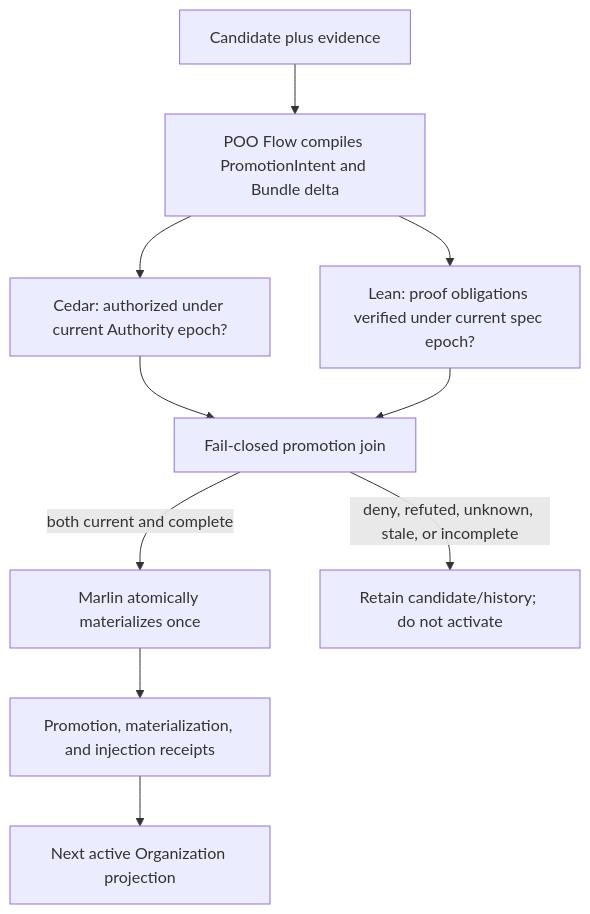
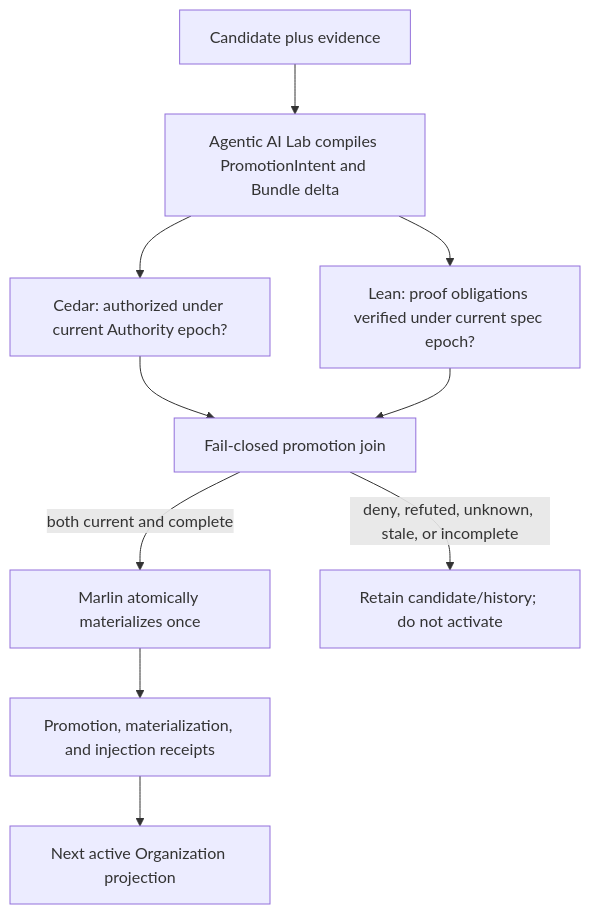
Before and after one commit to tao3k/gebril-yuanxu: the diagram in module-system/design/45-durable-policy-research-agenda.org, drawn with Mermaid. The commit also changed other lines of this file and 507 other files, not shown here.

```diff
--- a/module-system/design/45-durable-policy-research-agenda.org
+++ b/module-system/design/45-durable-policy-research-agenda.org
@@ -549,12 +549,12 @@
 #+begin_src mermaid
 flowchart TD
-  Candidate["Candidate plus evidence"] --> POO["POO Flow compiles PromotionIntent and Bundle delta"]
+  Candidate["Candidate plus evidence"] --> POO["Agentic AI Lab compiles PromotionIntent and Bundle delta"]
   POO --> Cedar["Cedar: authorized under current Authority epoch?"]
   POO --> Lean["Lean: proof obligations verified under current spec epoch?"]
   Cedar --> Join["Fail-closed promotion join"]
   Lean --> Join
   Join -->|"both current and complete"| Marlin["Marlin atomically materializes once"]
   Join -->|"deny, refuted, unknown, stale, or incomplete"| History["Retain candidate/history; do not activate"]
   Marlin --> Receipt["Promotion, materialization, and injection receipts"]
   Receipt --> Active["Next active Organization projection"]
 #+end_src
```
